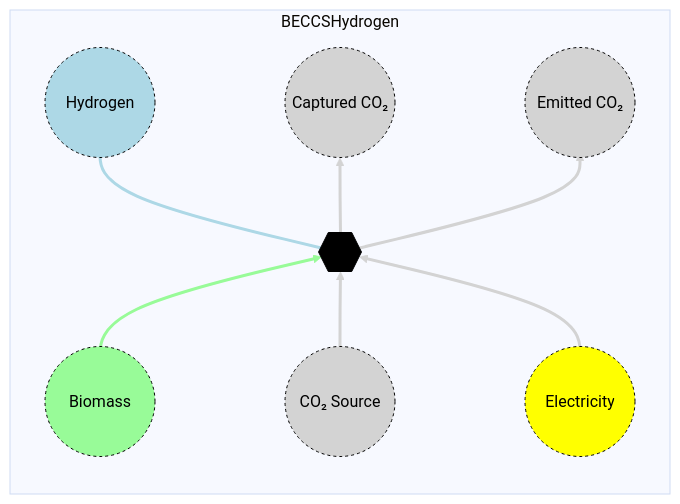
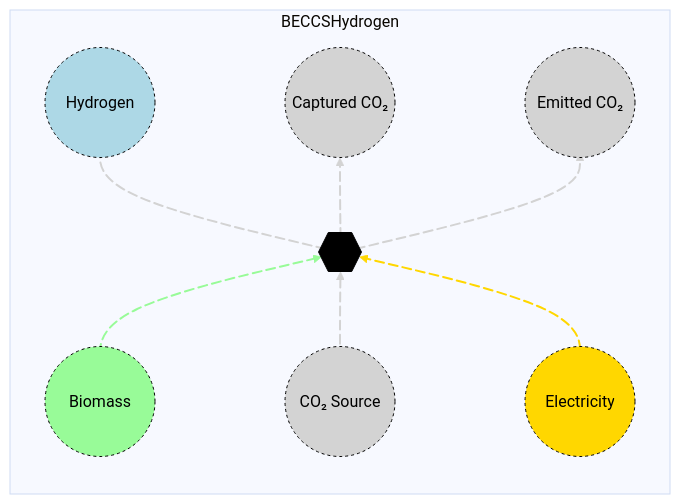
The diagram in docs/src/Manual/assets/beccshydrogen.md (openmod-tracker/MacroEnergy.jl), drawn with Mermaid before and after one commit. The commit also changed other lines of this file and 10 other files, not shown here.

````diff
--- a/docs/src/Manual/assets/beccshydrogen.md
+++ b/docs/src/Manual/assets/beccshydrogen.md
@@ -25,25 +25,33 @@
 ```mermaid
 %%{init: {'theme': 'base', 'themeVariables': { 'background': '#D1EBDE' }}}%%
 flowchart LR
   subgraph BECCSHydrogen
   direction BT
-    B((Biomass)) --> A{{..}}
-    C((CO₂ Source)) --> A
-    D((Electricity)) --> A
-    A --> E((Hydrogen))
-    A --> F((Captured CO₂))
-    A --> G((Emitted CO₂))
+    B((Biomass)) e1@--> A{{..}}
+    C((CO₂ Source)) e2@--> A
+    D((Electricity)) e3@--> A
+    A e4@--> E((Hydrogen))
+    A e5@--> F((Captured CO₂))
+    A e6@--> G((Emitted CO₂))
+    e1@{ animate: true }
+    e2@{ animate: true }
+    e3@{ animate: true }
+    e4@{ animate: true }
+    e5@{ animate: true }
+    e6@{ animate: true }
  end
     style A fill:black,stroke:black,color:black;
     style B r:55px,fill:palegreen,stroke:black,color:black, stroke-dasharray: 3,5;
     style C r:55px,fill:lightgray,stroke:black,color:black, stroke-dasharray: 3,5;
-    style D r:55px,fill:yellow,stroke:black,color:black, stroke-dasharray: 3,5;
+    style D r:55px,fill:#FFD700,stroke:black,color:black, stroke-dasharray: 3,5;
     style E r:55px,fill:lightblue,stroke:black,color:black, stroke-dasharray: 3,5;
     style F r:55px,fill:lightgray,stroke:black,color:black, stroke-dasharray: 3,5;
     style G r:55px,fill:lightgray,stroke:black,color:black, stroke-dasharray: 3,5;
 
-    linkStyle 0 stroke:palegreen, stroke-width: 3px;
-    linkStyle 1,2 stroke:lightgray, stroke-width: 3px;
-    linkStyle 3 stroke:lightblue, stroke-width: 3px;
-    linkStyle 4,5 stroke:lightgray, stroke-width: 3px;
+    linkStyle 0 stroke:palegreen, stroke-width: 2px;
+    linkStyle 1 stroke:lightgray, stroke-width: 2px;
+    linkStyle 2 stroke:#FFD700, stroke-width: 2px;
+    linkStyle 3 stroke:lightgray, stroke-width: 2px;
+    linkStyle 4 stroke:lightgray, stroke-width: 2px;
+    linkStyle 5 stroke:lightgray, stroke-width: 2px;
 ```
````
